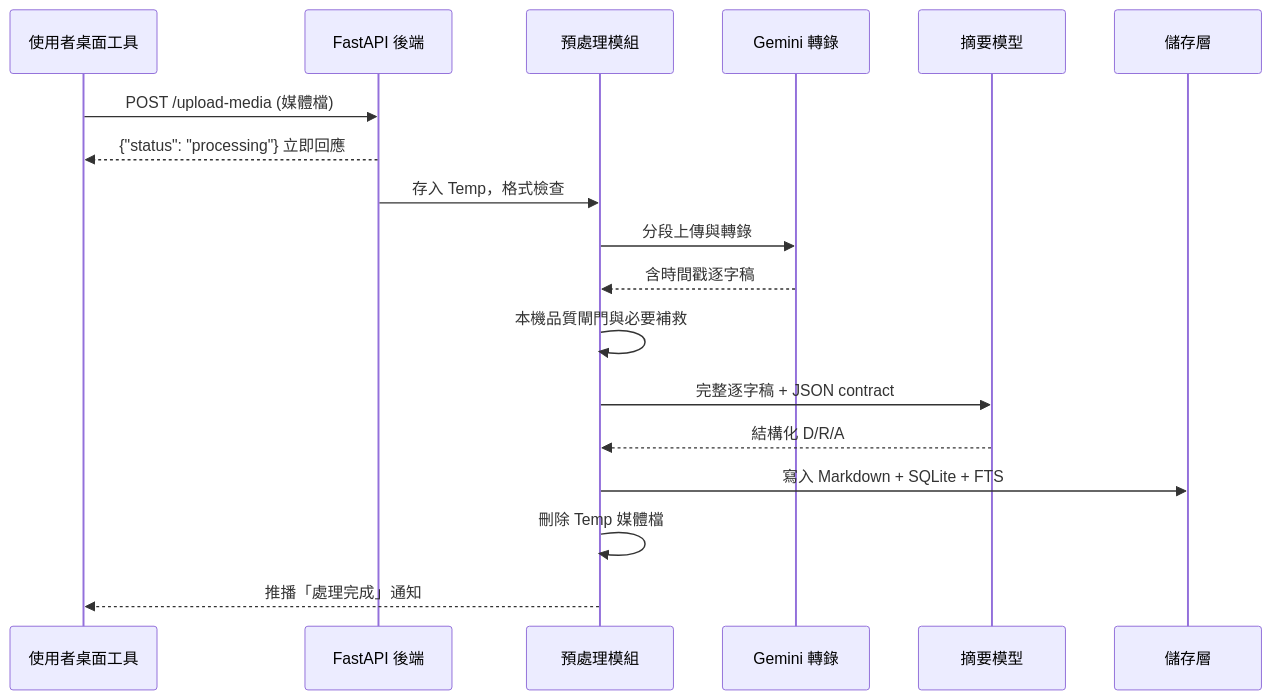
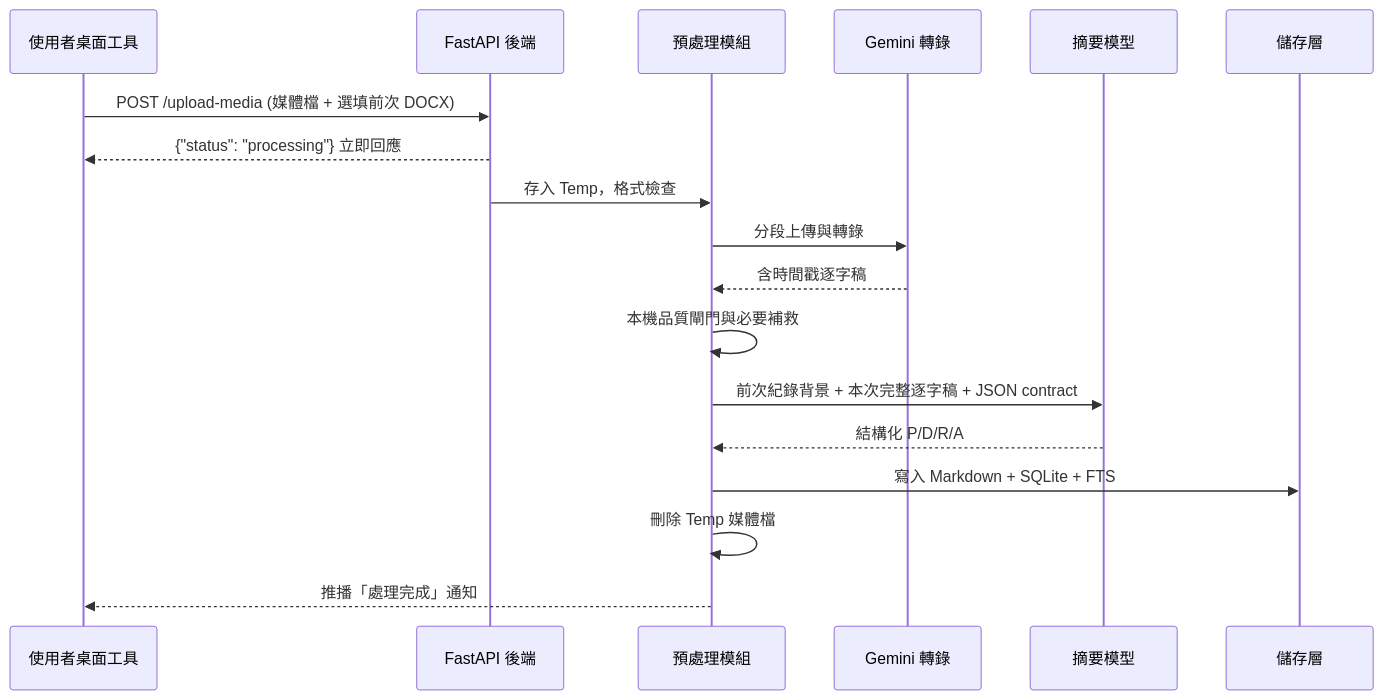
One commit to balboku/meeting_assistant changed the second of 2 diagrams in ARCHITECTURE.md. Above: the diagram before and after it, drawn with Mermaid. The commit also changed other lines of this file and 13 other files, not shown here.

````diff
--- a/ARCHITECTURE.md
+++ b/ARCHITECTURE.md
@@ -190,21 +195,21 @@
 ```mermaid
 sequenceDiagram
     participant U as 使用者桌面工具
     participant API as FastAPI 後端
     participant PROC as 預處理模組
     participant TX as Gemini 轉錄
     participant SUM as 摘要模型
     participant DB as 儲存層
 
-    U->>API: POST /upload-media (媒體檔)
+    U->>API: POST /upload-media (媒體檔 + 選填前次 DOCX)
     API-->>U: {"status": "processing"} 立即回應
     API->>PROC: 存入 Temp，格式檢查
     PROC->>TX: 分段上傳與轉錄
     TX-->>PROC: 含時間戳逐字稿
     PROC->>PROC: 本機品質閘門與必要補救
-    PROC->>SUM: 完整逐字稿 + JSON contract
-    SUM-->>PROC: 結構化 D/R/A
+    PROC->>SUM: 前次紀錄背景 + 本次完整逐字稿 + JSON contract
+    SUM-->>PROC: 結構化 P/D/R/A
     PROC->>DB: 寫入 Markdown + SQLite + FTS
     PROC->>PROC: 刪除 Temp 媒體檔
     PROC-->>U: 推播「處理完成」通知
 ```
````
